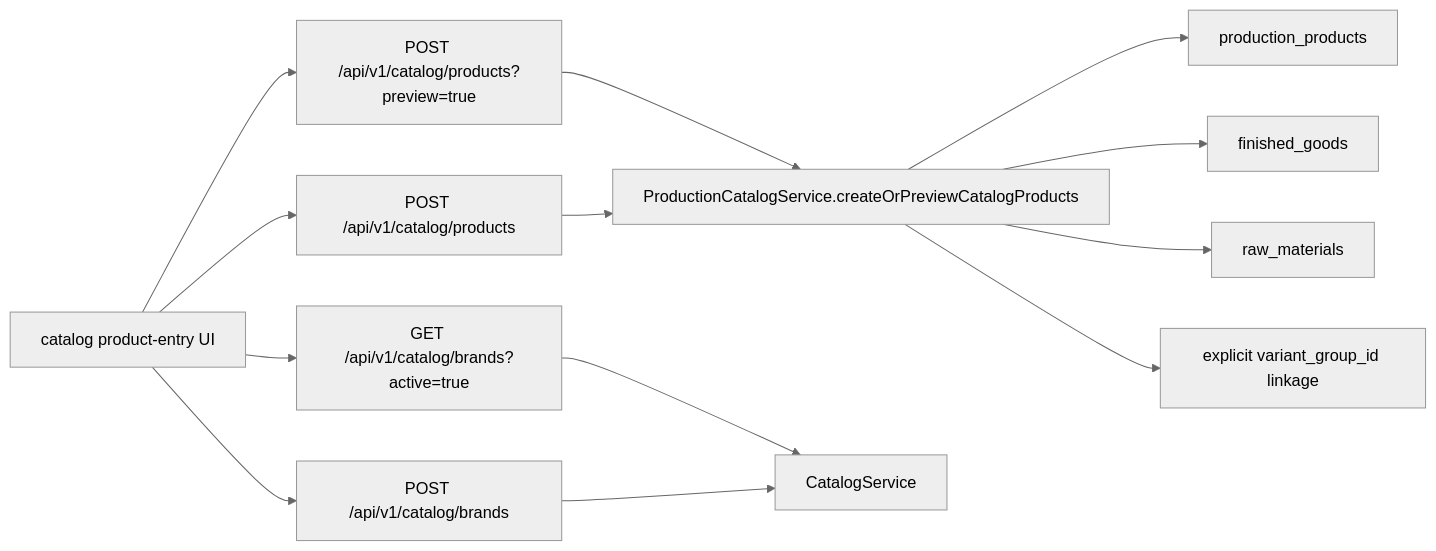
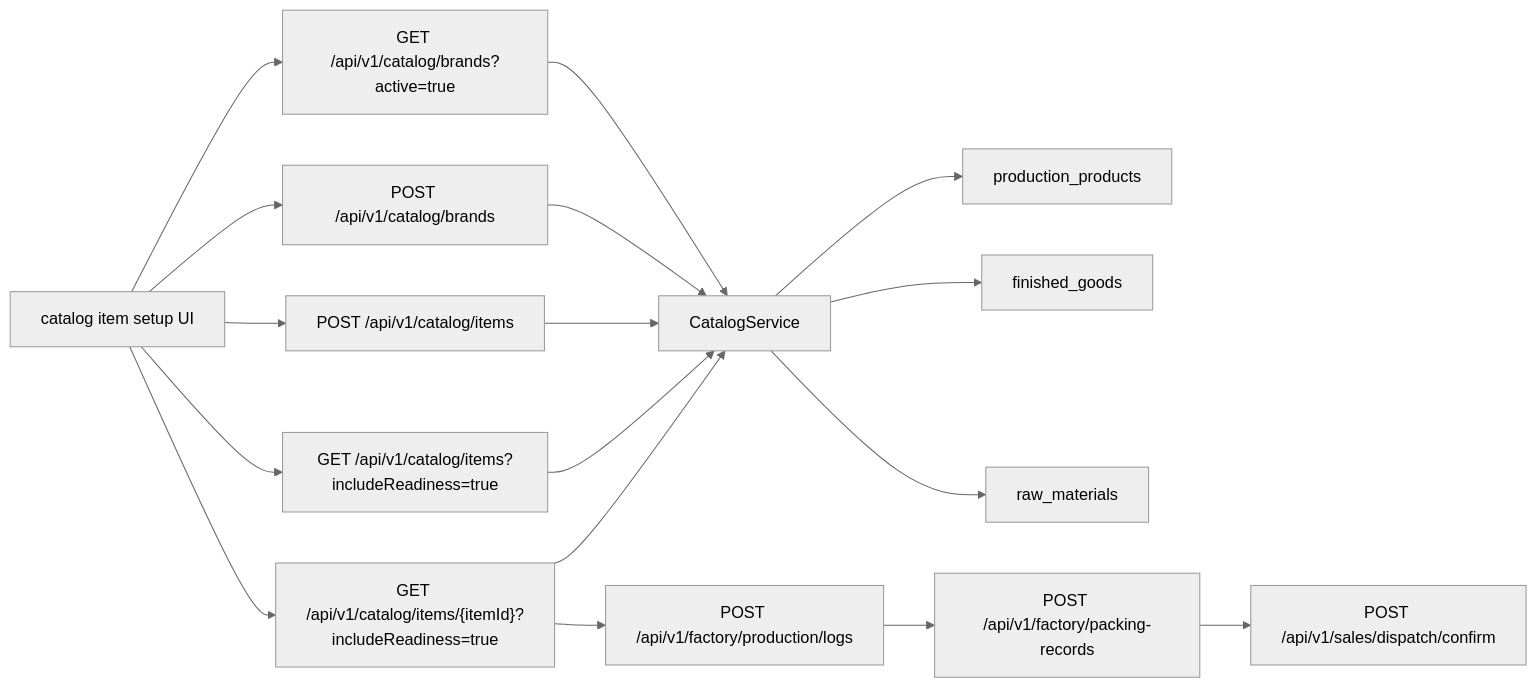
One commit to evilfps/bigbrightpaints-erp changed the diagram in docs/developer/catalog-consolidation/README.md. Above: the diagram before and after it, drawn with Mermaid (neutral theme). The commit also changed other lines of this file and 13 other files, not shown here.

Commit message:
docs(factory): align developer packets with canonical item flow

````diff
--- a/docs/developer/catalog-consolidation/README.md
+++ b/docs/developer/catalog-consolidation/README.md
@@ -58,17 +51,21 @@
 ```mermaid
 flowchart LR
-    UI["catalog product-entry UI"] --> BL["GET /api/v1/catalog/brands?active=true"]
+    UI["catalog item setup UI"] --> BL["GET /api/v1/catalog/brands?active=true"]
     UI --> BC["POST /api/v1/catalog/brands"]
-    UI --> PV["POST /api/v1/catalog/products?preview=true"]
-    UI --> CM["POST /api/v1/catalog/products"]
+    UI --> CI["POST /api/v1/catalog/items"]
+    UI --> RI["GET /api/v1/catalog/items?includeReadiness=true"]
+    UI --> DI["GET /api/v1/catalog/items/{itemId}?includeReadiness=true"]
 
-    PV --> PCS["ProductionCatalogService.createOrPreviewCatalogProducts"]
-    CM --> PCS
     BL --> CS["CatalogService"]
     BC --> CS
+    CI --> CS
+    RI --> CS
+    DI --> CS
 
-    PCS --> PP["production_products"]
-    PCS --> FG["finished_goods"]
-    PCS --> RM["raw_materials"]
-    PCS --> VG["explicit variant_group_id linkage"]
+    CS --> PP["production_products"]
+    CS --> FG["finished_goods"]
+    CS --> RM["raw_materials"]
+    DI --> PL["POST /api/v1/factory/production/logs"]
+    PL --> PK["POST /api/v1/factory/packing-records"]
+    PK --> DC["POST /api/v1/sales/dispatch/confirm"]
 ```
````
